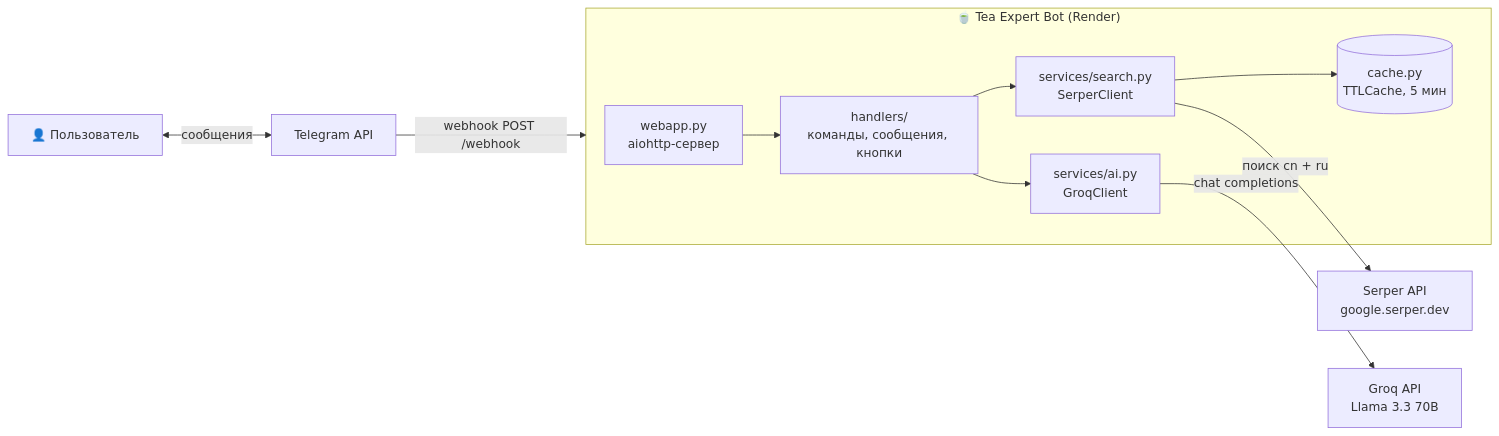
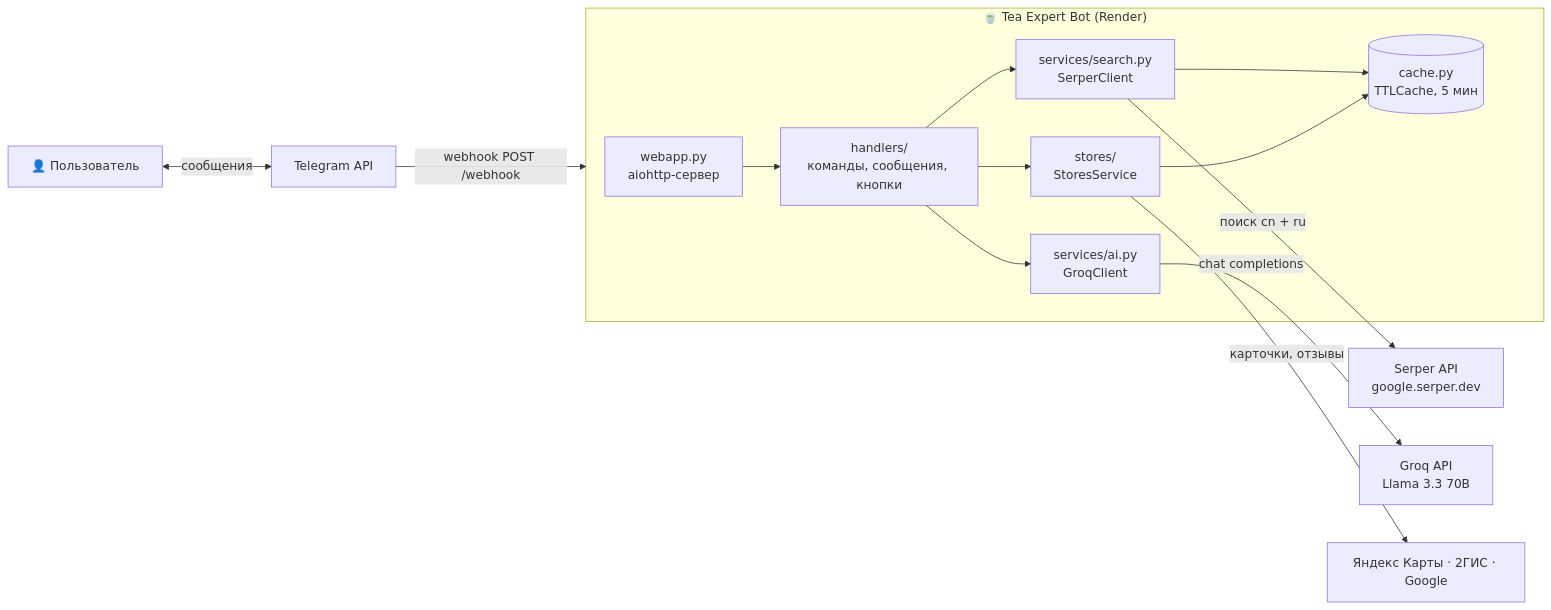
One commit to bazgen89-netizen/Yea-bot- changed the first of 3 diagrams in ARCHITECTURE.md. Above: the diagram before and after it, drawn with Mermaid. The commit also changed other lines of this file and 29 other files, not shown here.

First line of the commit message:
Подключить магазины на Яндекс Картах, 2ГИС и Google

````diff
--- a/ARCHITECTURE.md
+++ b/ARCHITECTURE.md
@@ -22,15 +22,18 @@
 ```mermaid
 flowchart LR
     U[👤 Пользователь] <-->|сообщения| TG[Telegram API]
     TG -->|webhook POST /webhook| APP
 
     subgraph APP["🍵 Tea Expert Bot (Render)"]
         WH[webapp.py<br/>aiohttp-сервер] --> H[handlers/<br/>команды, сообщения, кнопки]
         H --> S[services/search.py<br/>SerperClient]
         H --> A[services/ai.py<br/>GroqClient]
+        H --> ST[stores/<br/>StoresService]
         S --> C[(cache.py<br/>TTLCache, 5 мин)]
+        ST --> C
     end
 
     S -->|поиск cn + ru| SERPER[Serper API<br/>google.serper.dev]
     A -->|chat completions| GROQ[Groq API<br/>Llama 3.3 70B]
+    ST -->|карточки, отзывы| MAPS[Яндекс Карты · 2ГИС · Google]
 ```
````
